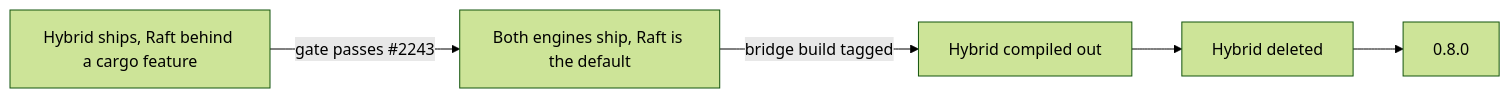
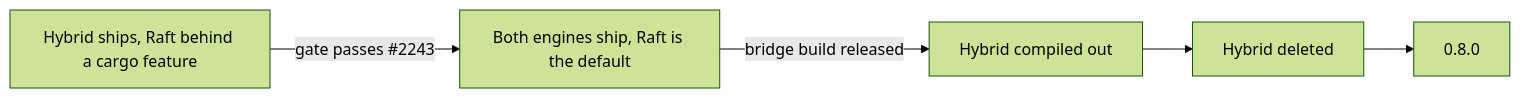
One commit to GetFelix/felix changed the diagram in docs/hybrid-retirement.md. Above: the diagram before and after it, drawn with Mermaid (forest theme). The commit also changed other lines of this file, not shown here.

First line of the commit message:
docs(replication): hybrid retirement, review fixes

````diff
--- a/docs/hybrid-retirement.md
+++ b/docs/hybrid-retirement.md
@@ -241,7 +244,7 @@
 ```mermaid
 flowchart LR
   A[Hybrid ships, Raft behind a cargo feature] -->|gate passes #2243| B[Both engines ship, Raft is the default]
-  B -->|bridge build tagged| C[Hybrid compiled out]
+  B -->|bridge build released| C[Hybrid compiled out]
   C --> D[Hybrid deleted]
   D --> E[0.8.0]
 ```
````
